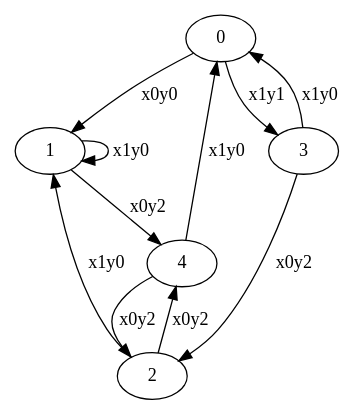
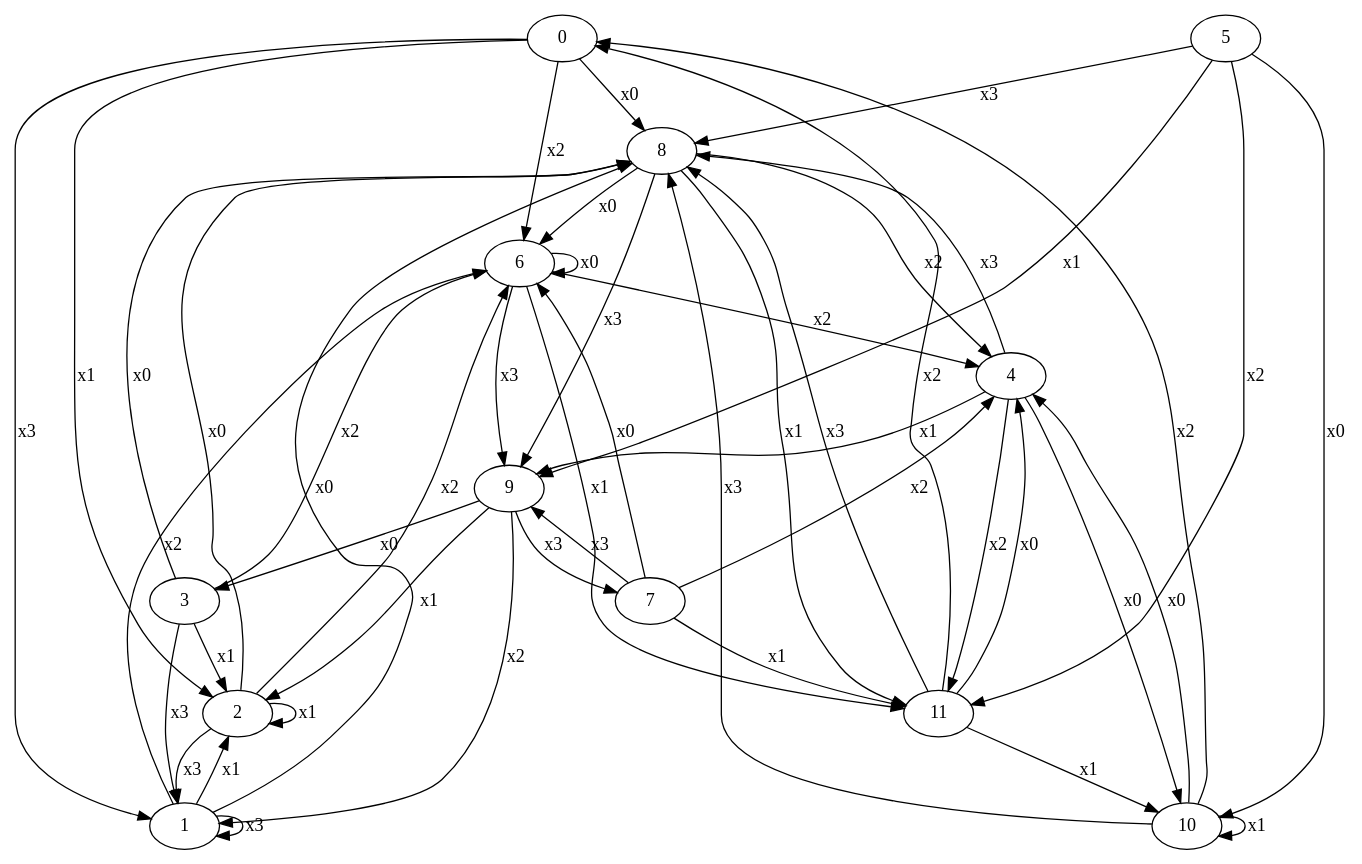
One commit to waslost0/tafl changed the diagram in transfer/graph.dot. Above: the diagram before and after it, drawn with Graphviz. The commit also changed 52 other files, not shown here.

```diff
--- a/transfer/graph.dot
+++ b/transfer/graph.dot
@@ -1,12 +1,50 @@
 digraph {
-	0 -> 1[label=x0y0];
-	0 -> 3[label=x1y1];
-	1 -> 4[label=x0y2];
-	1 -> 1[label=x1y0];
-	2 -> 4[label=x0y2];
-	2 -> 1[label=x1y0];
-	3 -> 2[label=x0y2];
-	3 -> 0[label=x1y0];
-	4 -> 2[label=x0y2];
-	4 -> 0[label=x1y0];
+	0 -> 8[label=x0];
+	0 -> 2[label=x1];
+	0 -> 6[label=x2];
+	0 -> 1[label=x3];
+	1 -> 8[label=x0];
+	1 -> 2[label=x1];
+	1 -> 6[label=x2];
+	1 -> 1[label=x3];
+	2 -> 8[label=x0];
+	2 -> 2[label=x1];
+	2 -> 6[label=x2];
+	2 -> 1[label=x3];
+	3 -> 8[label=x0];
+	3 -> 2[label=x1];
+	3 -> 6[label=x2];
+	3 -> 1[label=x3];
+	4 -> 10[label=x0];
+	4 -> 9[label=x1];
+	4 -> 11[label=x2];
+	4 -> 8[label=x3];
+	5 -> 10[label=x0];
+	5 -> 9[label=x1];
+	5 -> 11[label=x2];
+	5 -> 8[label=x3];
+	6 -> 6[label=x0];
+	6 -> 11[label=x1];
+	6 -> 4[label=x2];
+	6 -> 9[label=x3];
+	7 -> 6[label=x0];
+	7 -> 11[label=x1];
+	7 -> 4[label=x2];
+	7 -> 9[label=x3];
+	8 -> 6[label=x0];
+	8 -> 11[label=x1];
+	8 -> 4[label=x2];
+	8 -> 9[label=x3];
+	9 -> 3[label=x0];
+	9 -> 2[label=x1];
+	9 -> 1[label=x2];
+	9 -> 7[label=x3];
+	10 -> 4[label=x0];
+	10 -> 10[label=x1];
+	10 -> 0[label=x2];
+	10 -> 8[label=x3];
+	11 -> 4[label=x0];
+	11 -> 10[label=x1];
+	11 -> 0[label=x2];
+	11 -> 8[label=x3];
 }
```
